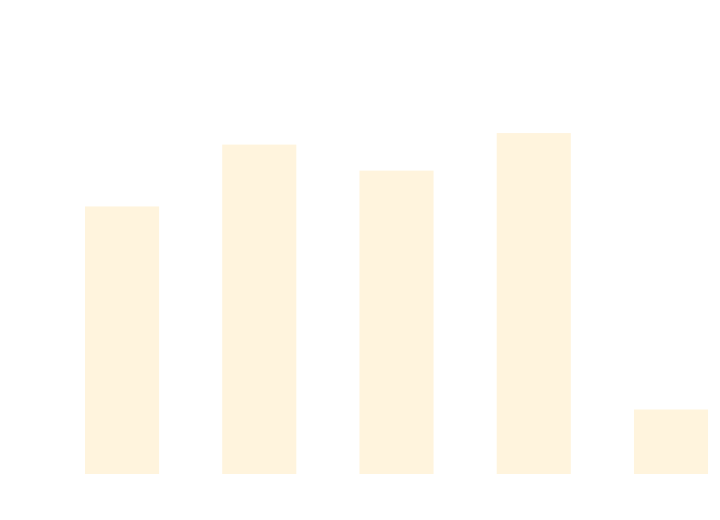
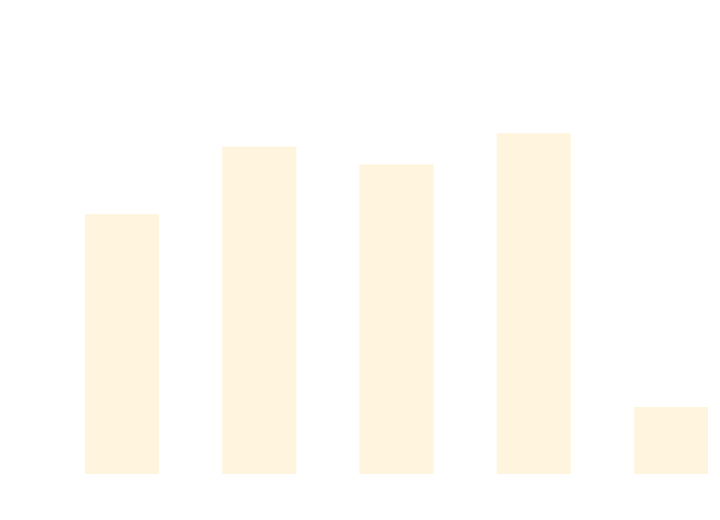
One commit to thomhurst/TUnit changed the diagram in docs/docs/benchmarks/AsyncTests.md. Above: the diagram before and after it, drawn with Mermaid. The commit also changed other lines of this file and 17 other files, not shown here.

````diff
--- a/docs/docs/benchmarks/AsyncTests.md
+++ b/docs/docs/benchmarks/AsyncTests.md
@@ -27,37 +27,37 @@
 ```mermaid
 %%{init: {
   'theme':'base',
   'themeVariables': {
     'primaryColor': '#2563eb',
     'primaryTextColor': '#ffffff',
     'primaryBorderColor': '#1e40af',
     'lineColor': '#6b7280',
     'secondaryColor': '#7c3aed',
     'tertiaryColor': '#dc2626',
     'background': '#ffffff',
     'mainBkg': '#2563eb',
     'secondBkg': '#7c3aed',
     'tertiaryBkg': '#dc2626',
     'clusterBkg': '#f3f4f6',
     'edgeLabelBackground': '#ffffff',
     'tertiaryTextColor': '#1f2937',
     'pie1': '#2563eb',
     'pie2': '#7c3aed',
     'pie3': '#dc2626',
     'pie4': '#f59e0b',
     'pie5': '#10b981',
     'pie6': '#06b6d4',
     'pie7': '#ec4899',
     'pie8': '#6366f1',
     'pie9': '#84cc16',
     'pie10': '#f97316',
     'pie11': '#14b8a6',
     'pie12': '#a855f7'
   }
 }}%%
 xychart-beta
   title "AsyncTests Performance Comparison"
   x-axis ["TUnit", "NUnit", "MSTest", "xUnit3", "TUnit_AOT"]
-  y-axis "Time (ms)" 0 --> 901
-  bar [584.2, 724.2, 665.3, 750.3, 124.5]
+  y-axis "Time (ms)" 0 --> 853
+  bar [536.6, 681.5, 643.1, 710.1, 123.3]
 ```
````
